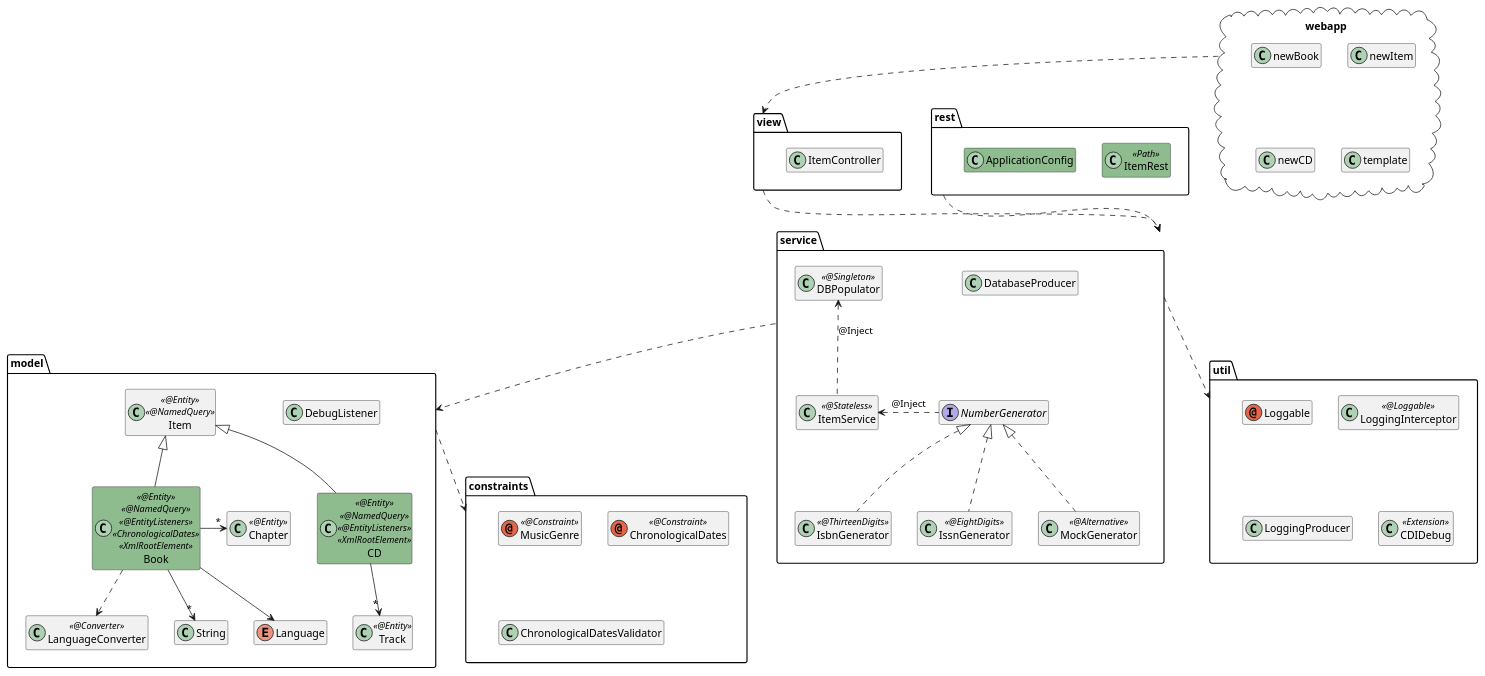
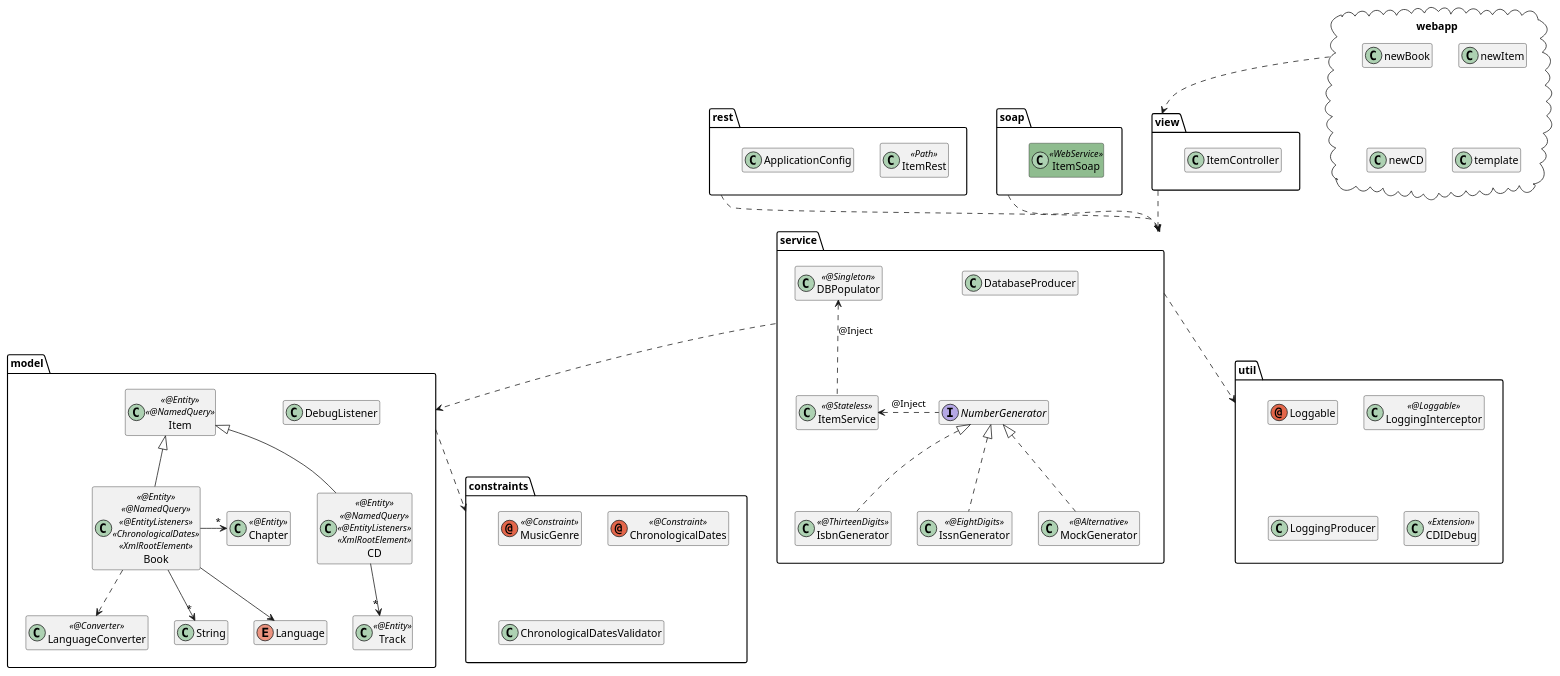
The diagram in 18-SOAP/demo18.puml (agoncal/agoncal-training-javaee7), drawn with PlantUML before and after one commit. The commit also changed 4 other files, not shown here.

```diff
--- a/18-SOAP/demo18.puml
+++ b/18-SOAP/demo18.puml
@@ -1,77 +1,82 @@
 @startuml
 
 hide members
 
 package "webapp"  <<Cloud>> {
     class newItem
     class newBook
     class newCD
     class template
 }
 
 package "view"  {
     class ItemController
 }
 
 package "rest"  {
-    class ItemRest  << Path >> #8FBC8F
-    class ApplicationConfig #8FBC8F
+    class ItemRest  << Path >>
+    class ApplicationConfig
+}
+
+package "soap"  {
+    class ItemSoap  << WebService >> #8FBC8F
 }
 
 package "service" {
     interface NumberGenerator
     class IsbnGenerator << @ThirteenDigits >>
     class IssnGenerator << @EightDigits >>
     class MockGenerator << @Alternative >>
     class ItemService << @Stateless >>
     class DatabaseProducer
     class DBPopulator << @Singleton >>
 
     ItemService <.right. NumberGenerator : @Inject
     DBPopulator <.down. ItemService : @Inject
     NumberGenerator <|.. IsbnGenerator
     NumberGenerator <|.. IssnGenerator
     NumberGenerator <|.. MockGenerator
 }
 
 package "model" {
     class DebugListener
     class Item << @Entity >> << @NamedQuery >>
-    class CD << @Entity >> << @NamedQuery >> << @EntityListeners >> << XmlRootElement >> #8FBC8F
+    class CD << @Entity >> << @NamedQuery >> << @EntityListeners >> << XmlRootElement >>
     class Track << @Entity >>
     class Chapter << @Entity >>
-    class Book << @Entity >> << @NamedQuery >> << @EntityListeners >> << ChronologicalDates >> << XmlRootElement >> #8FBC8F
+    class Book << @Entity >> << @NamedQuery >> << @EntityListeners >> << ChronologicalDates >> << XmlRootElement >>
     class String
     enum Language
     class LanguageConverter << @Converter >>
 
     Item <|-- CD
     Item <|-- Book
     CD --> "*" Track
     Book --> "*" String
     Book -right-> "*" Chapter
     Book --> Language
     Book ..> LanguageConverter
 }
 
 package "constraints" {
     annotation MusicGenre << @Constraint >>
     annotation ChronologicalDates << @Constraint >>
     class ChronologicalDatesValidator
 }
 
 package "util" {
     annotation Loggable
     class LoggingInterceptor << @Loggable >>
     class LoggingProducer
     class CDIDebug << Extension >>
 }
 
 webapp ..> view
 rest ..> service
+soap ..> service
 view ..> service
 service ..> model
 service ..> util
 model ..> constraints
 
 @enduml
```
